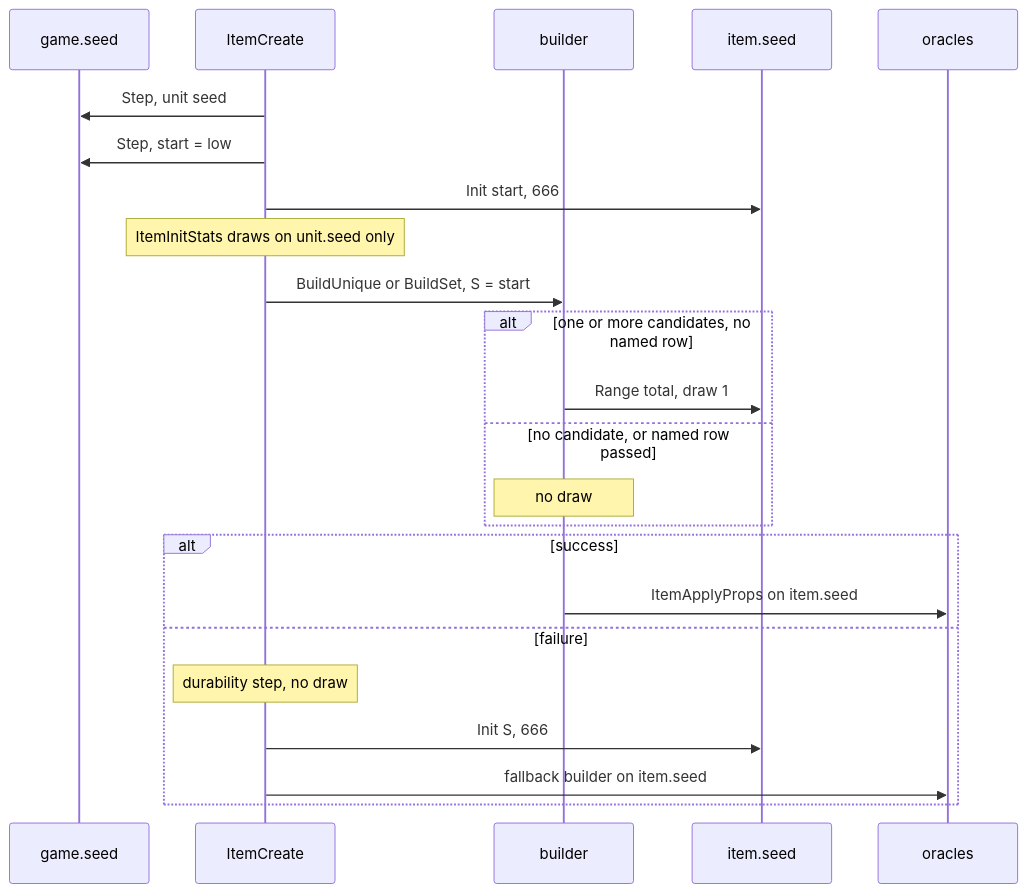
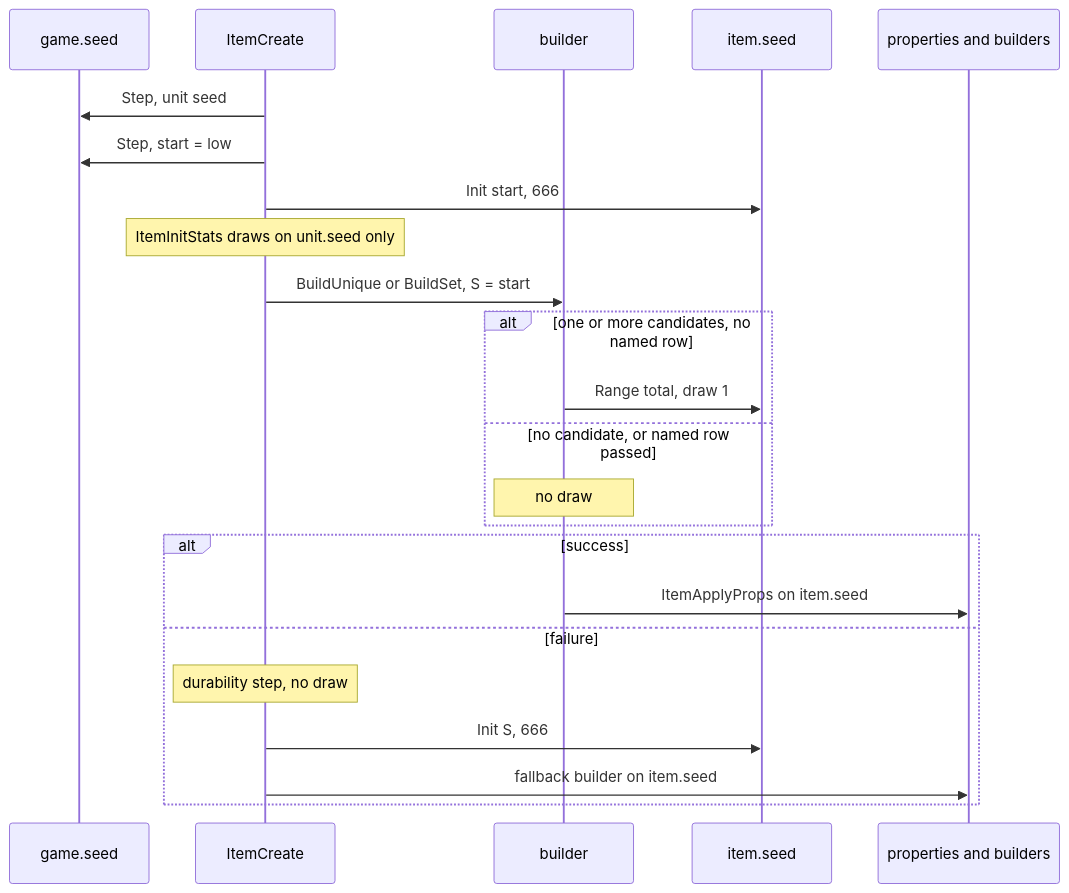
Before and after one commit to IgorKonovalov/diablo-2-recompilation: the fourth of 4 diagrams in docs/specs/items/uniques-sets.md, drawn with Mermaid. The commit also changed other lines of this file and 14 other files, not shown here.

````diff
--- a/docs/specs/items/uniques-sets.md
+++ b/docs/specs/items/uniques-sets.md
@@ -493,25 +493,25 @@
 ```mermaid
 sequenceDiagram
   participant G as game.seed
   participant C as ItemCreate
   participant B as builder
   participant I as item.seed
-  participant O as oracles
+  participant O as properties and builders
   C->>G: Step, unit seed
   C->>G: Step, start = low
   C->>I: Init start, 666
   Note over C: ItemInitStats draws on unit.seed only
   C->>B: BuildUnique or BuildSet, S = start
   alt one or more candidates, no named row
     B->>I: Range total, draw 1
   else no candidate, or named row passed
     Note over B: no draw
   end
   alt success
     B->>O: ItemApplyProps on item.seed
   else failure
     Note over C: durability step, no draw
     C->>I: Init S, 666
     C->>O: fallback builder on item.seed
   end
 ```
````
